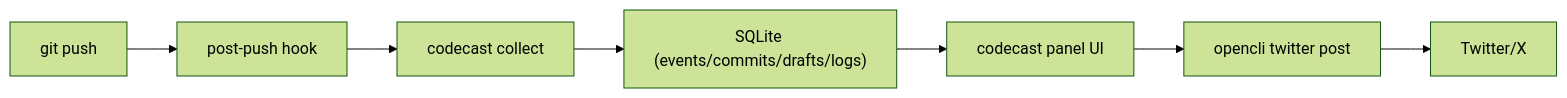
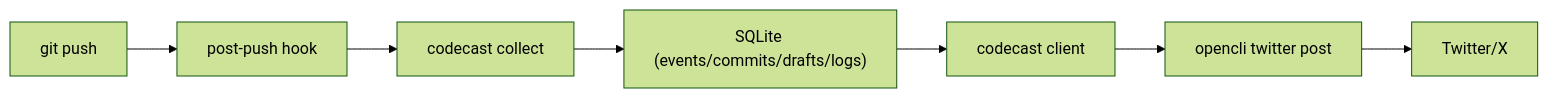
One commit to jobmake77/CodeCast changed the diagram in README.md. Above: the diagram before and after it, drawn with Mermaid (forest theme). The commit also changed other lines of this file and 1 other file, not shown here.

Commit message:
docs: align README with persistent client workflow

````diff
--- a/README.md
+++ b/README.md
@@ -32,9 +32,9 @@
 ```mermaid
 flowchart LR
     A["git push"] --> B["post-push hook"]
     B --> C["codecast collect"]
     C --> D["SQLite (events/commits/drafts/logs)"]
-    D --> E["codecast panel UI"]
+    D --> E["codecast client"]
     E --> F["opencli twitter post"]
     F --> G["Twitter/X"]
 ```
````
